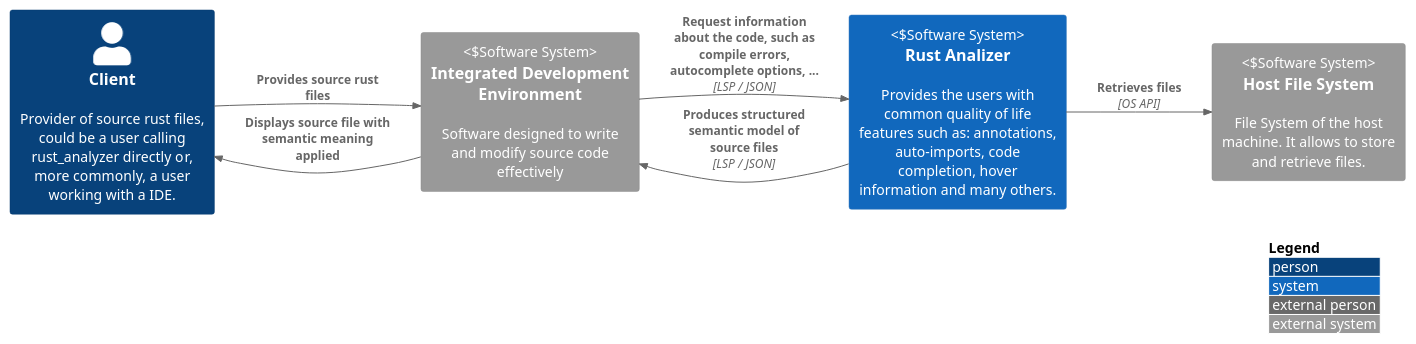
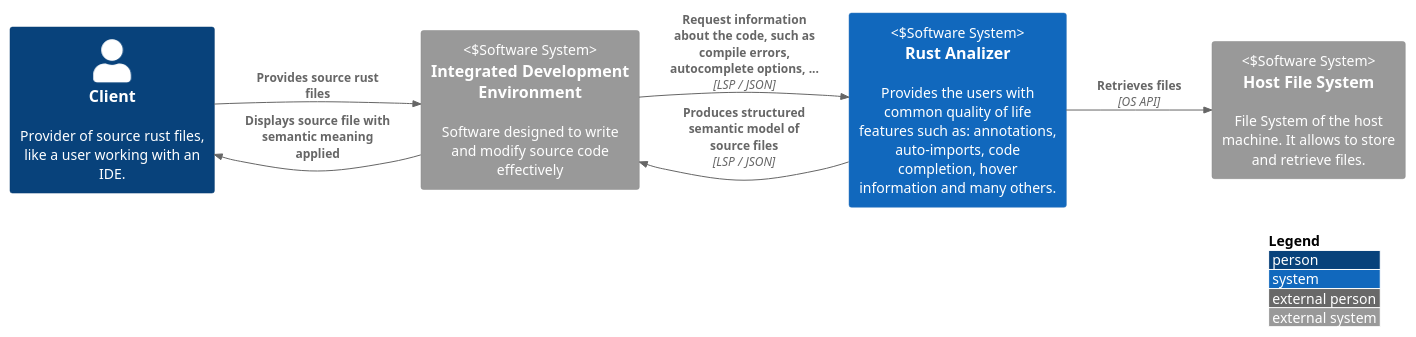
One commit to SDATeam10/Project changed the diagram in src/diagrams/architecture/system-context.puml. Above: the diagram before and after it, drawn with PlantUML. The commit also changed 3 other files, not shown here.

Commit message:
fix: changed first two diagrams

```diff
--- a/src/diagrams/architecture/system-context.puml
+++ b/src/diagrams/architecture/system-context.puml
@@ -1,18 +1,18 @@
 @startuml
 !include https://raw.githubusercontent.com/plantuml-stdlib/C4-PlantUML/master/C4_Context.puml
 left to right direction
 
 LAYOUT_WITH_LEGEND()
 
-Person(client, "Client", "Provider of source rust files, could be a user calling rust_analyzer directly or, more commonly, a user working with a IDE.")
+Person(client, "Client", "Provider of source rust files, like a user working with an IDE.")
 System_Ext(ide, "Integrated Development Environment", "Software designed to write and modify source code effectively", "Software System")
 System_Ext(file_system, "Host File System", "File System of the host machine. It allows to store and retrieve files.", "Software System")
 System(system, "Rust Analizer", "Provides the users with common quality of life features such as: annotations, auto-imports, code completion, hover information and many others.", "Software System")
 
 Rel(client, ide, "Provides source rust files")
 Rel(ide, system, "Request information about the code, such as compile errors, autocomplete options, ...", "LSP / JSON")
 Rel(system, ide, "Produces structured semantic model of source files", "LSP / JSON")
 Rel(ide, client, "Displays source file with semantic meaning applied")
 Rel(system, file_system, "Retrieves files", "OS API")
 
 @enduml
```
